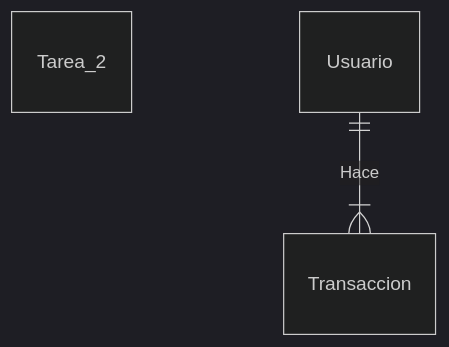
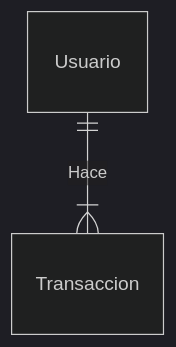
One commit to Peque-73/BD-Relacional---Clase-1 changed the diagram in Tareas/Tarea_2.md. Above: the diagram before and after it, drawn with Mermaid (dark theme).

Commit message:
ER TEST CODE #2

````diff
--- a/Tareas/Tarea_2.md
+++ b/Tareas/Tarea_2.md
@@ -1,4 +1,4 @@
 ```mermaid
-erDiagram Tarea_2
+erDiagram
     Usuario ||--|{ Transaccion : Hace
 ```
````
